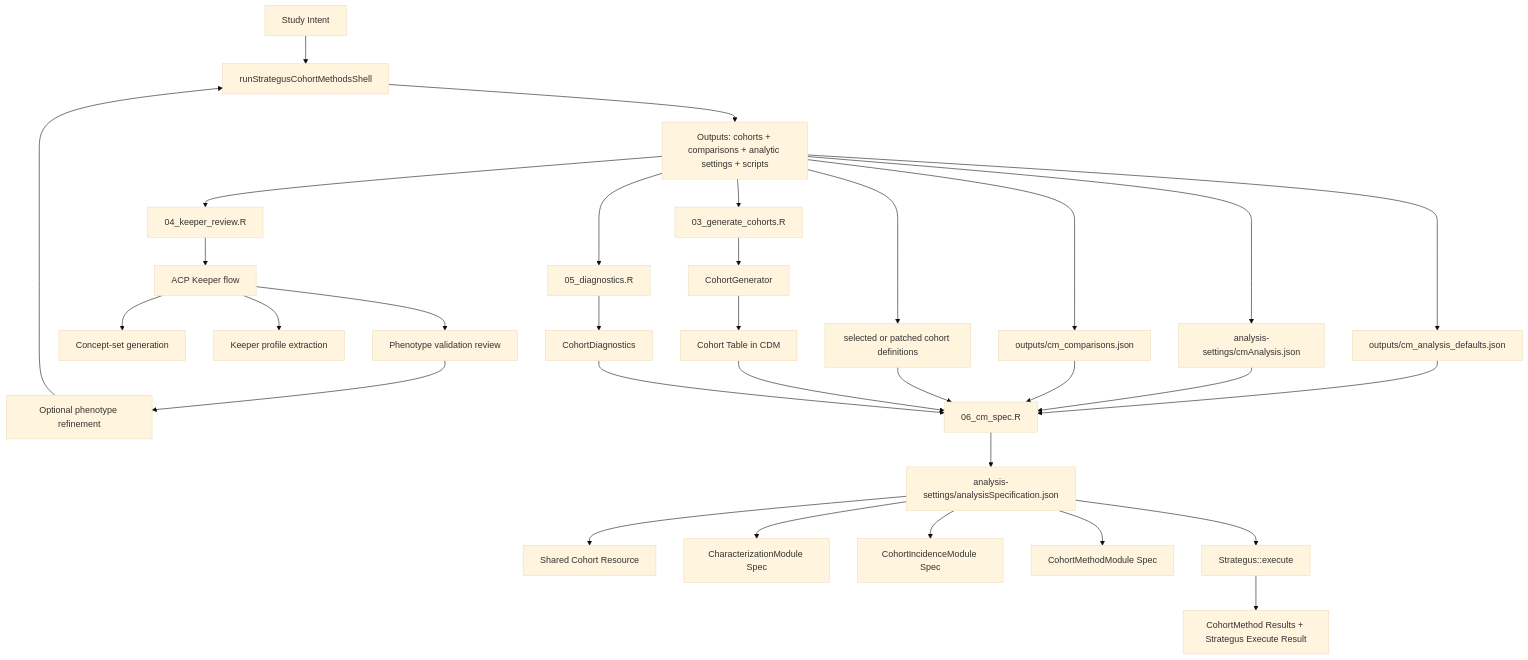
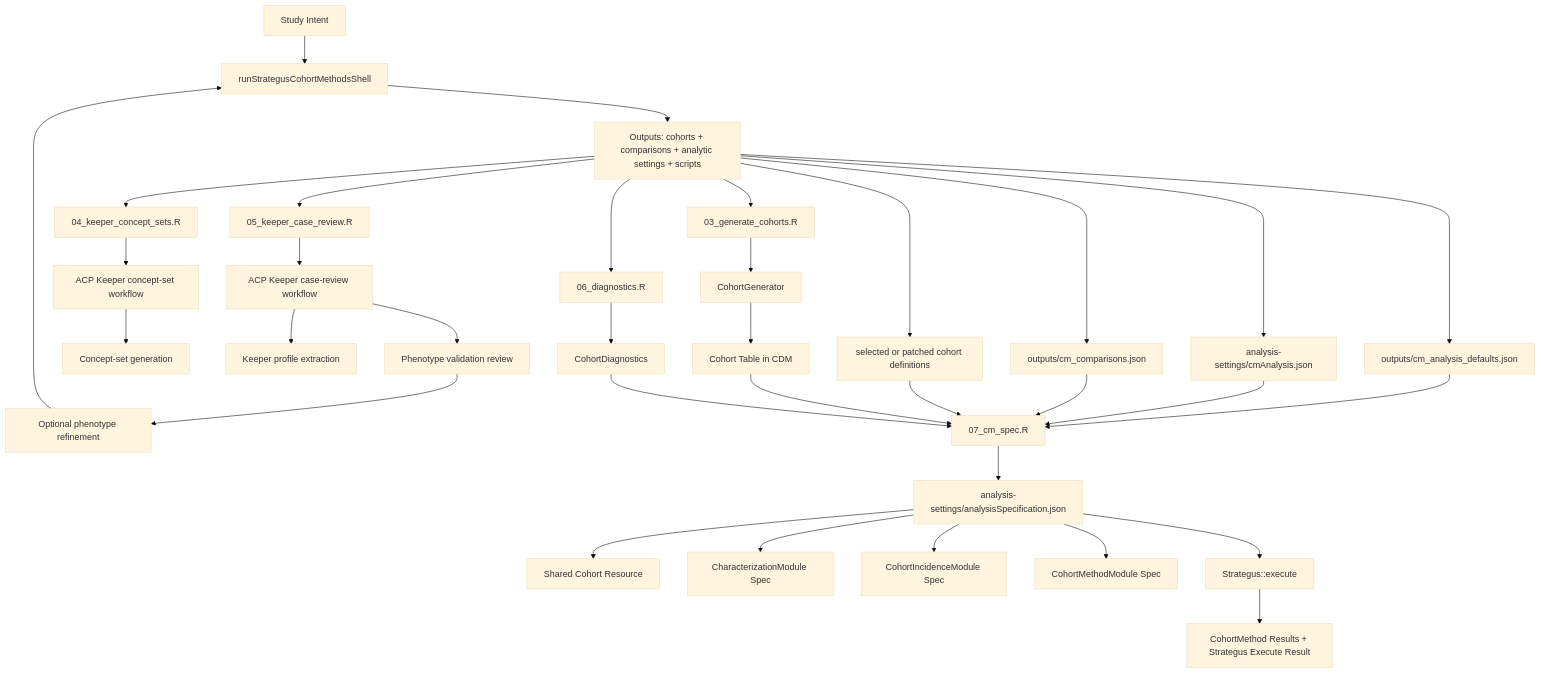
Before and after one commit to OHDSI/StudyAgent: the second of 2 diagrams in docs/WORKFLOW_COHORT_METHODS.md, drawn with Mermaid (base theme). The commit also changed 7 other files, not shown here.

````diff
--- a/docs/WORKFLOW_COHORT_METHODS.md
+++ b/docs/WORKFLOW_COHORT_METHODS.md
@@ -75,40 +75,43 @@
 ```mermaid
 flowchart TD
   A["Study Intent"] --> B["runStrategusCohortMethodsShell"]
   B --> C["Outputs: cohorts + comparisons + analytic settings + scripts"]
 
   C --> D["03_generate_cohorts.R"]
   D --> E["CohortGenerator"]
   E --> F["Cohort Table in CDM"]
 
-  C --> G["04_keeper_review.R"]
-  G --> H["ACP Keeper flow"]
+  C --> G["04_keeper_concept_sets.R"]
+  G --> H["ACP Keeper concept-set workflow"]
   H --> I["Concept-set generation"]
-  H --> J["Keeper profile extraction"]
-  H --> K["Phenotype validation review"]
-  K --> L["Optional phenotype refinement"]
-  L --> B
 
-  C --> M["05_diagnostics.R"]
-  M --> N["CohortDiagnostics"]
+  C --> J["05_keeper_case_review.R"]
+  J --> K["ACP Keeper case-review workflow"]
+  K --> L["Keeper profile extraction"]
+  K --> M["Phenotype validation review"]
+  M --> N["Optional phenotype refinement"]
+  N --> B
 
-  C --> O["outputs/cm_analysis_defaults.json"]
-  C --> P["analysis-settings/cmAnalysis.json"]
-  C --> Q["outputs/cm_comparisons.json"]
-  C --> R["selected or patched cohort definitions"]
+  C --> O["06_diagnostics.R"]
+  O --> P["CohortDiagnostics"]
 
-  O --> S["06_cm_spec.R"]
-  P --> S
-  Q --> S
-  R --> S
-  F --> S
-  N --> S
+  C --> Q["outputs/cm_analysis_defaults.json"]
+  C --> R["analysis-settings/cmAnalysis.json"]
+  C --> S["outputs/cm_comparisons.json"]
+  C --> T["selected or patched cohort definitions"]
 
-  S --> T["analysis-settings/analysisSpecification.json"]
-  T --> U["Shared Cohort Resource"]
-  T --> V["CharacterizationModule Spec"]
-  T --> W["CohortIncidenceModule Spec"]
-  T --> X["CohortMethodModule Spec"]
-  T --> Y["Strategus::execute"]
-  Y --> Z["CohortMethod Results + Strategus Execute Result"]
+  Q --> U["07_cm_spec.R"]
+  R --> U
+  S --> U
+  T --> U
+  F --> U
+  P --> U
+
+  U --> V["analysis-settings/analysisSpecification.json"]
+  V --> W["Shared Cohort Resource"]
+  V --> X["CharacterizationModule Spec"]
+  V --> Y["CohortIncidenceModule Spec"]
+  V --> Z["CohortMethodModule Spec"]
+  V --> AA["Strategus::execute"]
+  AA --> AB["CohortMethod Results + Strategus Execute Result"]
 ```
````
